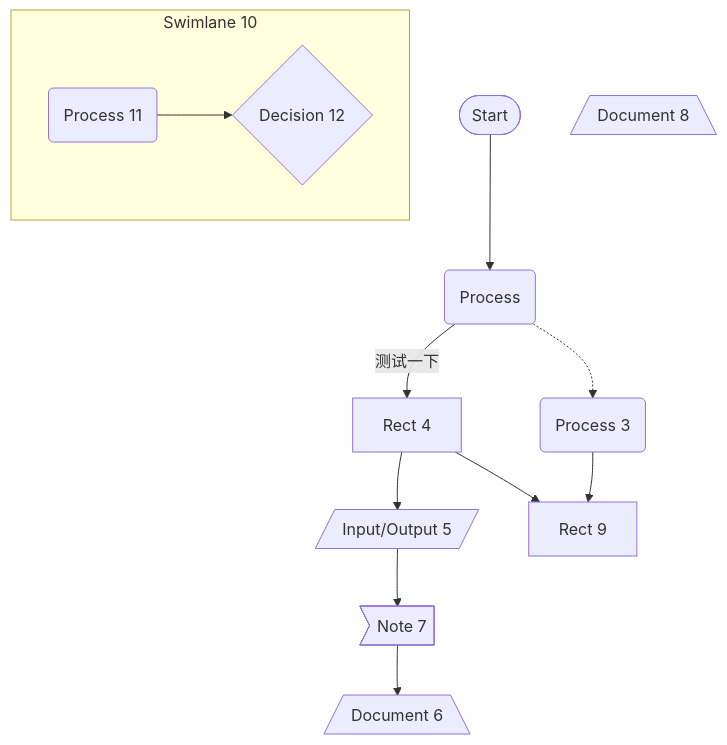
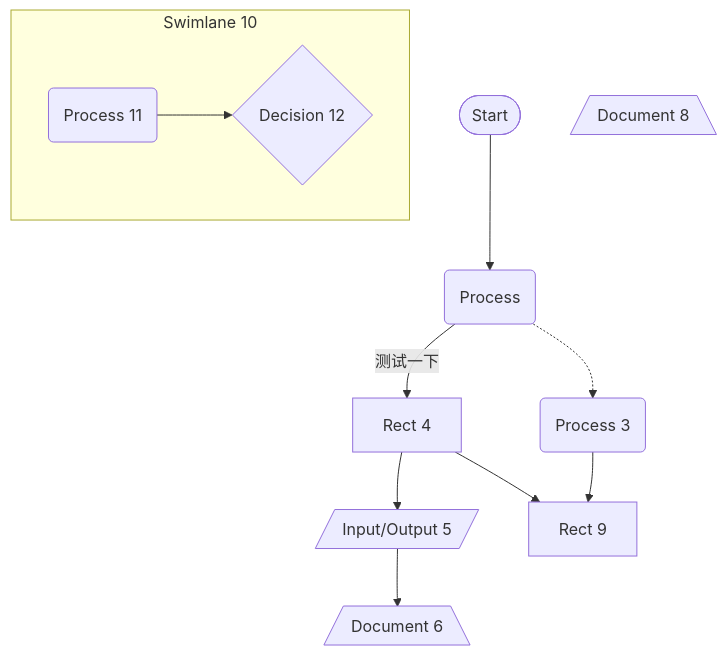
Before and after one commit to pingpm/mermaid_vault: the diagram in mmd/流程图_3c82e5dc-80e4-4b41-a50d-f90f98ff5790.mmd, drawn with Mermaid. The commit also changed 2 other files, not shown here.

Commit message:
Sync Mermaid Studio data (12 diagrams)

```diff
--- a/mmd/流程图_3c82e5dc-80e4-4b41-a50d-f90f98ff5790.mmd
+++ b/mmd/流程图_3c82e5dc-80e4-4b41-a50d-f90f98ff5790.mmd
@@ -1,23 +1,21 @@
 graph TD
   subgraph 80730659-8bb1-4cec-afc1-f508a219c696 ["Swimlane 10"]
     7714202b-77ab-4f03-8f6c-5da3acacc44a("Process 11")
     f3a9e38a-2da4-4a9a-9213-2643698c5eb0{"Decision 12"}
   end
   start(["Start"])
   1("Process")
   2b55b8de-e64f-48f1-a8b6-94cca48b33d2("Process 3")
   f836676b-fb2c-4936-a911-d066d325c8e0["Rect 4"]
   7f7d8cb8-27fd-45d9-8d2e-dd3c2a474f13[/"Input/Output 5"/]
   c08d4eab-03ff-4bb2-8d24-cee61d141f9d[/"Document 6"\]
-  cacbf4fd-8267-4e6e-acf7-b18af6489a9a>"Note 7"]
   34b56764-0d96-4aae-a160-b1c1707fb3df[/"Document 8"\]
   cd307345-a2eb-40e4-8f4c-f274dbcdef02["Rect 9"]
   1 -.-> 2b55b8de-e64f-48f1-a8b6-94cca48b33d2
   f836676b-fb2c-4936-a911-d066d325c8e0 --> 7f7d8cb8-27fd-45d9-8d2e-dd3c2a474f13
   f836676b-fb2c-4936-a911-d066d325c8e0 --> cd307345-a2eb-40e4-8f4c-f274dbcdef02
-  7f7d8cb8-27fd-45d9-8d2e-dd3c2a474f13 --> cacbf4fd-8267-4e6e-acf7-b18af6489a9a
-  cacbf4fd-8267-4e6e-acf7-b18af6489a9a --> c08d4eab-03ff-4bb2-8d24-cee61d141f9d
   7714202b-77ab-4f03-8f6c-5da3acacc44a --> f3a9e38a-2da4-4a9a-9213-2643698c5eb0
   1 -->|"测试一下"| f836676b-fb2c-4936-a911-d066d325c8e0
   2b55b8de-e64f-48f1-a8b6-94cca48b33d2 --> cd307345-a2eb-40e4-8f4c-f274dbcdef02
   start --> 1
+  7f7d8cb8-27fd-45d9-8d2e-dd3c2a474f13 --> c08d4eab-03ff-4bb2-8d24-cee61d141f9d
```
